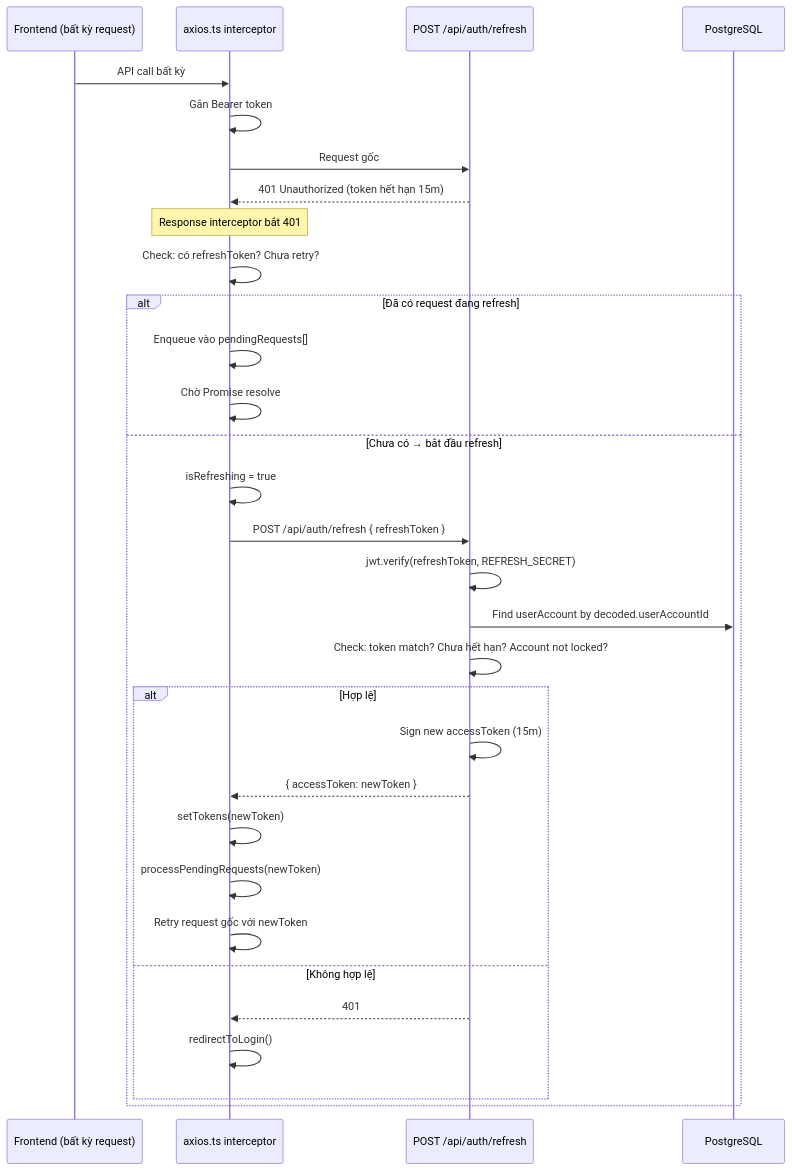
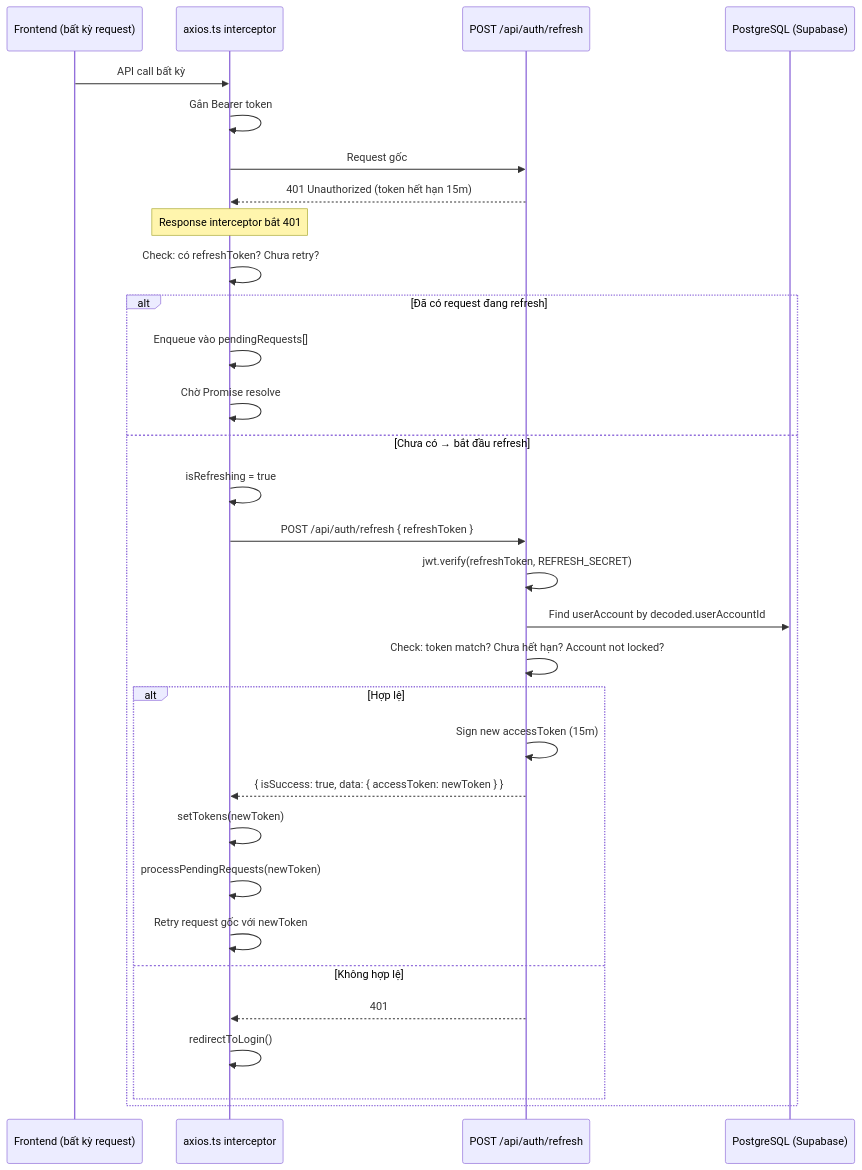
Diagram 11 of 11 in doc/07-workflow/Auth_and_RBAC_Workflow.md (hungdinh-dev/logix), drawn with Mermaid before and after one commit. The commit also changed other lines of this file, not shown here.

````diff
--- a/doc/07-workflow/Auth_and_RBAC_Workflow.md
+++ b/doc/07-workflow/Auth_and_RBAC_Workflow.md
@@ -603,36 +700,36 @@
 ```mermaid
 sequenceDiagram
     participant FE as Frontend (bất kỳ request)
     participant Axios as axios.ts interceptor
     participant BE_Refresh as POST /api/auth/refresh
-    participant DB as PostgreSQL
+    participant DB as PostgreSQL (Supabase)
 
     FE->>Axios: API call bất kỳ
     Axios->>Axios: Gắn Bearer token
     Axios->>BE_Refresh: Request gốc
     BE_Refresh-->>Axios: 401 Unauthorized (token hết hạn 15m)
 
     Note over Axios: Response interceptor bắt 401
 
     Axios->>Axios: Check: có refreshToken? Chưa retry?
     alt Đã có request đang refresh
         Axios->>Axios: Enqueue vào pendingRequests[]
         Axios->>Axios: Chờ Promise resolve
     else Chưa có → bắt đầu refresh
         Axios->>Axios: isRefreshing = true
         Axios->>BE_Refresh: POST /api/auth/refresh { refreshToken }
         BE_Refresh->>BE_Refresh: jwt.verify(refreshToken, REFRESH_SECRET)
         BE_Refresh->>DB: Find userAccount by decoded.userAccountId
         BE_Refresh->>BE_Refresh: Check: token match? Chưa hết hạn? Account not locked?
         alt Hợp lệ
             BE_Refresh->>BE_Refresh: Sign new accessToken (15m)
-            BE_Refresh-->>Axios: { accessToken: newToken }
+            BE_Refresh-->>Axios: { isSuccess: true, data: { accessToken: newToken } }
             Axios->>Axios: setTokens(newToken)
             Axios->>Axios: processPendingRequests(newToken)
             Axios->>Axios: Retry request gốc với newToken
         else Không hợp lệ
             BE_Refresh-->>Axios: 401
             Axios->>Axios: redirectToLogin()
         end
     end
 ```
````
